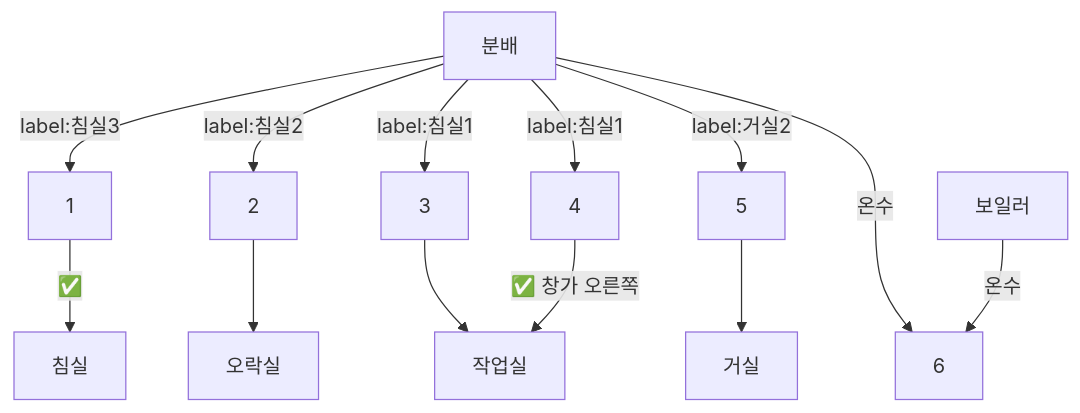
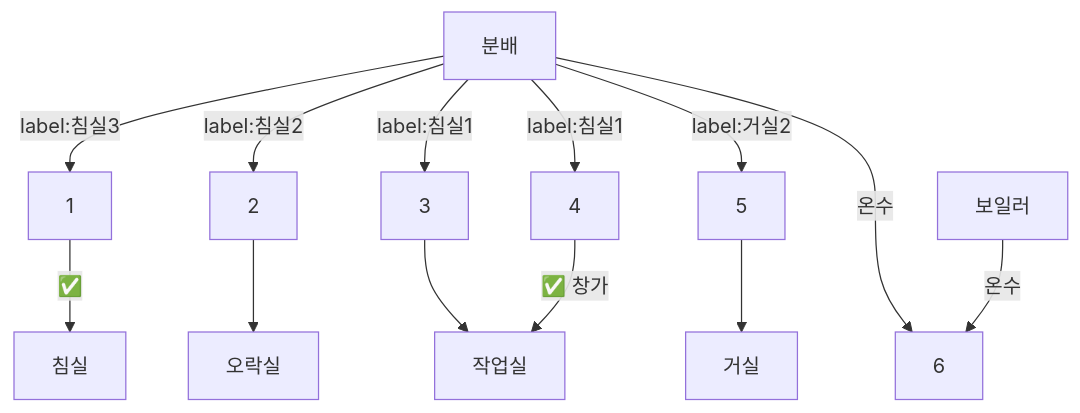
Before and after one commit to deptno/public-wiki: the second of 2 diagrams in home.md, drawn with Mermaid.

Commit message:
보일러 배관 확인

````diff
--- a/home.md
+++ b/home.md
@@ -38,15 +38,15 @@
 ```mermaid 
 flowchart TD
   분배 --label:침실3--> 1
   분배 --label:침실2--> 2
   분배 --label:침실1--> 3
   분배 --label:침실1--> 4
   분배 --label:거실2--> 5
   분배 <-. 온수 .- 6
   보일러 -- 온수 --> 6
   1 -- "✅" --> 침실
   2 --> 오락실
   3 --> 작업실
-  4 -- "✅ 창가 오른쪽" --> 작업실
+  4 -- "✅ 창가" --> 작업실
   5 --> 거실
 ```
````
